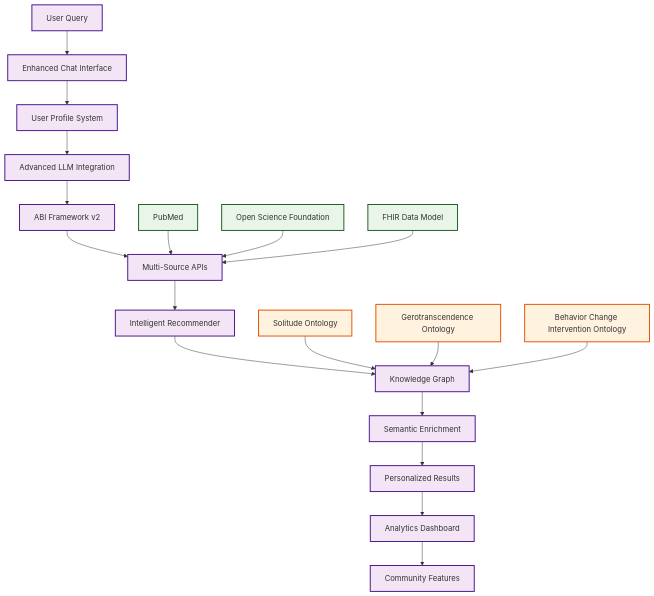
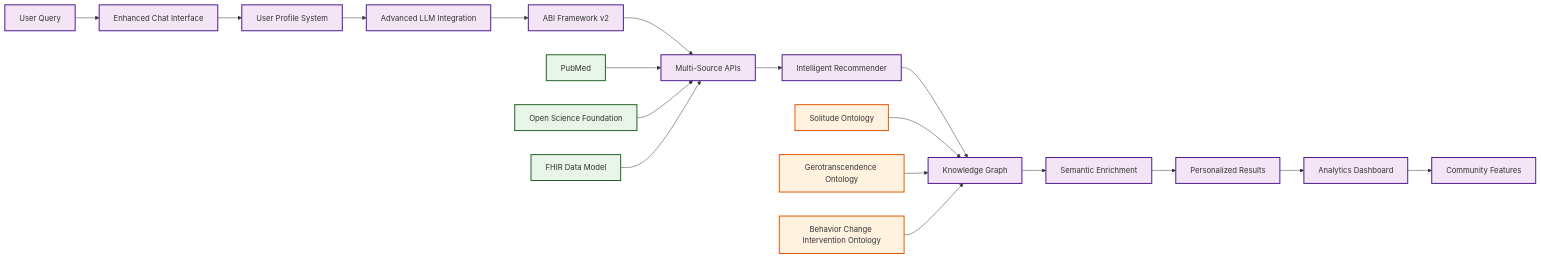
One commit to NCOR-Organization/HealthyPhases changed the second of 2 diagrams in docs/resources/portal-development.md. Above: the diagram before and after it, drawn with Mermaid. The commit also changed other lines of this file, not shown here.

Commit message:
Change Mermaid diagrams to left-to-right flow for better user journey visualization
- Update both current and target state diagrams from TD (top-down) to LR (left-to-right)
- Makes the user → question → feedback flow much more intuitive and natural
- Better represents the actual user experience and system processing flow
- Easier to follow the progression from user input through processing to response
- More visually appealing and professional presentation

````diff
--- a/docs/resources/portal-development.md
+++ b/docs/resources/portal-development.md
@@ -89,30 +89,30 @@
 ```mermaid
-flowchart TD
+flowchart LR
     A[User Query] --> B[Enhanced Chat Interface]
     B --> C[User Profile System]
     C --> D[Advanced LLM Integration]
     D --> E[ABI Framework v2]
     E --> F[Multi-Source APIs]
     F --> G[Intelligent Recommender]
     G --> H[Knowledge Graph]
     H --> I[Semantic Enrichment]
     I --> J[Personalized Results]
     J --> K[Analytics Dashboard]
     K --> L[Community Features]
     
     M[PubMed] --> F
     N[Open Science Foundation] --> F
     O[FHIR Data Model] --> F
     
     P[Solitude Ontology] --> H
     Q[Gerotranscendence Ontology] --> H
     R[Behavior Change Intervention Ontology] --> H
     
     classDef process fill:#f3e5f5,stroke:#4a148c,stroke-width:2px
     classDef data fill:#e8f5e8,stroke:#1b5e20,stroke-width:2px
     classDef ontology fill:#fff3e0,stroke:#e65100,stroke-width:2px
     
     class A,B,C,D,E,F,G,H,I,J,K,L process
     class M,N,O data
     class P,Q,R ontology
 ```
````
